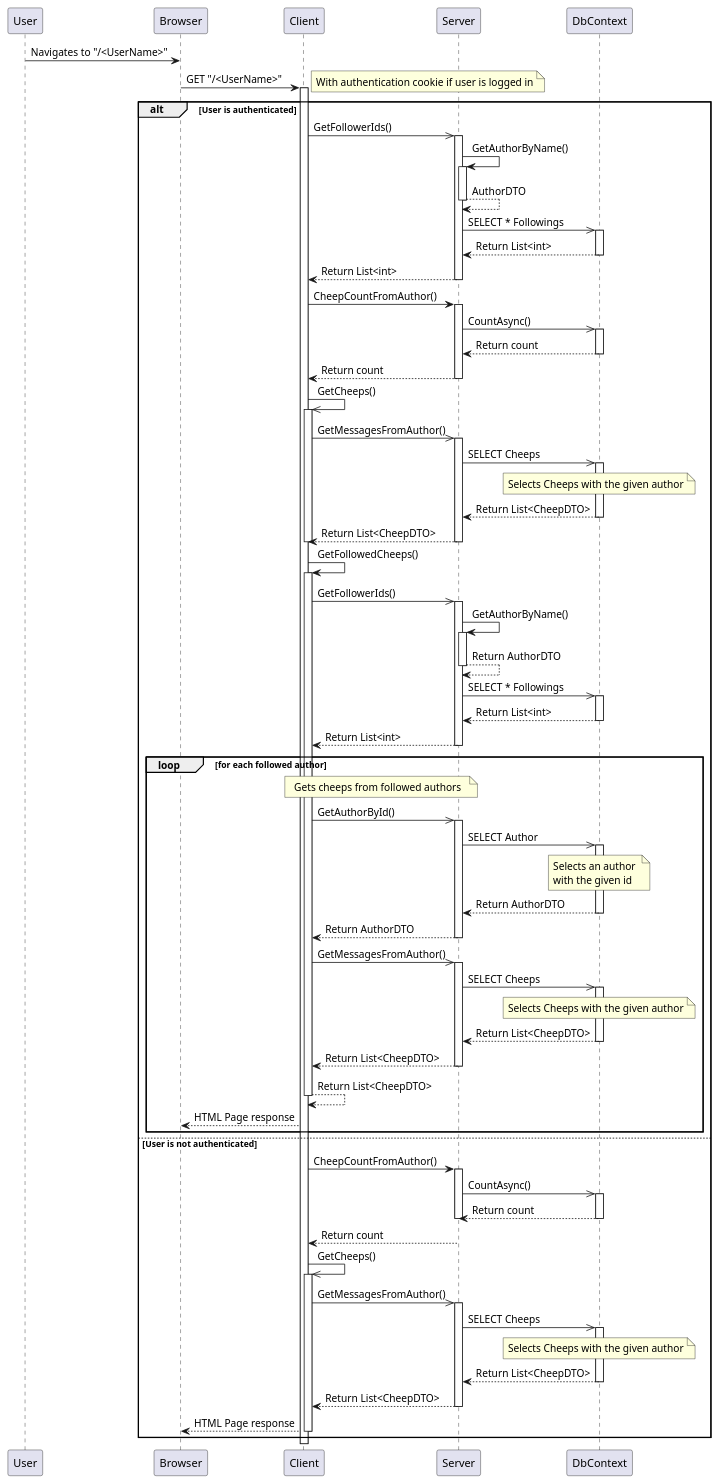
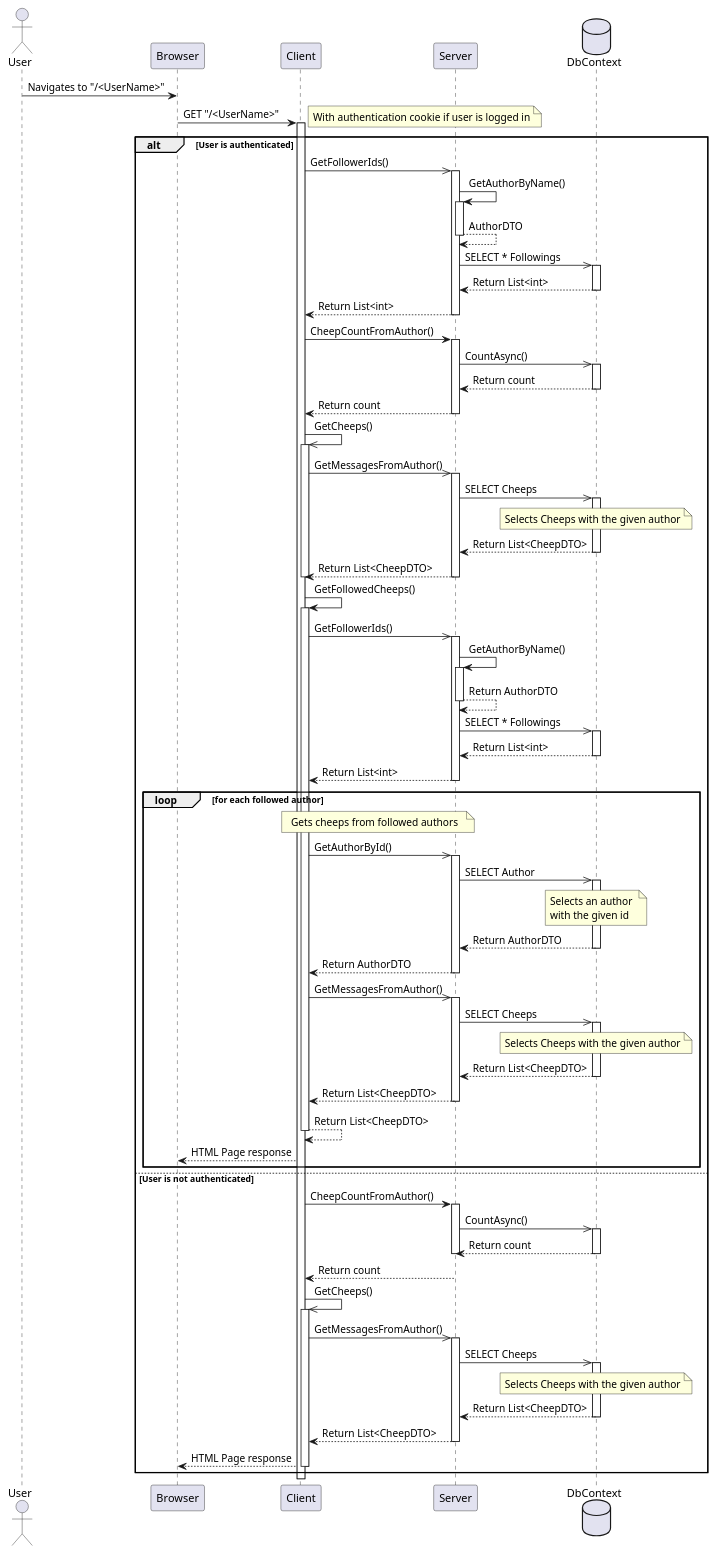
Before and after one commit to ITU-BDSA2024-GROUP12/Chirp: the diagram in docs/diagrams/src/sequenceDiagramPrivateTimeline.wsd, drawn with PlantUML.

Commit message:
Added info

```diff
--- a/docs/diagrams/src/sequenceDiagramPrivateTimeline.wsd
+++ b/docs/diagrams/src/sequenceDiagramPrivateTimeline.wsd
@@ -1,119 +1,124 @@
 @startuml
+actor User 
+participant Browser
+participant Client
+participant Server
+database DbContext
 
 User -> Browser : Navigates to "/<UserName>"
 Browser -> Client : GET "/<UserName>"
 note right: With authentication cookie if user is logged in
 activate Client
 
 
 alt User is authenticated
     Client ->> Server : GetFollowerIds()
     activate Server
     Server -> Server : GetAuthorByName()
     activate Server
     Server --> Server : AuthorDTO
     deactivate Server
     Server ->> DbContext : SELECT * Followings
     activate DbContext
     DbContext --> Server : Return List<int>
     deactivate DbContext
     Server --> Client : Return List<int>
     deactivate Server
     
     Client -> Server : CheepCountFromAuthor()
     activate Server
 
     Server ->> DbContext : CountAsync()
     activate DbContext
     DbContext --> Server : Return count
     deactivate DbContext
 
     Server --> Client : Return count
     deactivate Server
     Client ->> Client : GetCheeps()
     activate Client
     Client ->> Server : GetMessagesFromAuthor()
     activate Server
     Server ->> DbContext : SELECT Cheeps
     activate DbContext
     note over DbContext: Selects Cheeps with the given author
     DbContext --> Server : Return List<CheepDTO>
     deactivate DbContext
     Server --> Client : Return List<CheepDTO>
     deactivate Server
     deactivate Client
 
     Client -> Client : GetFollowedCheeps()
     activate Client
 
     Client ->> Server : GetFollowerIds()
     activate Server
     Server -> Server : GetAuthorByName()
     activate Server
     Server --> Server : Return AuthorDTO
     deactivate Server
     Server ->> DbContext : SELECT * Followings
     activate DbContext
     DbContext --> Server : Return List<int>
     deactivate DbContext
     Server --> Client : Return List<int>
     deactivate Server
 
     loop for each followed author
         note over Client, Server: Gets cheeps from followed authors
         Client ->> Server: GetAuthorById()
         activate Server
 
         Server ->> DbContext : SELECT Author
         note over DbContext
         Selects an author 
         with the given id
         end note
         activate DbContext
         DbContext --> Server : Return AuthorDTO
         deactivate DbContext
         Server --> Client : Return AuthorDTO
         deactivate Server
         Client ->> Server : GetMessagesFromAuthor()
         activate Server
         Server ->> DbContext : SELECT Cheeps
         activate DbContext 
         note over DbContext: Selects Cheeps with the given author
         DbContext --> Server : Return List<CheepDTO>
         deactivate DbContext
         Server --> Client : Return List<CheepDTO>
         deactivate Server
         Client --> Client : Return List<CheepDTO>
         deactivate Client
         Client --> Browser : HTML Page response
     end
 
     
 
 
 else User is not authenticated
     Client -> Server : CheepCountFromAuthor()
     activate Server
     Server ->> DbContext : CountAsync()
     activate DbContext
     DbContext --> Server : Return count
     deactivate DbContext
     deactivate Server
     Server --> Client : Return count
 
     Client ->> Client : GetCheeps()
     activate Client
     Client ->> Server : GetMessagesFromAuthor()
     activate Server
     Server ->> DbContext : SELECT Cheeps
     activate DbContext
     note over DbContext: Selects Cheeps with the given author
     DbContext --> Server : Return List<CheepDTO>
     deactivate DbContext
     Server --> Client : Return List<CheepDTO>
     deactivate Server
     Client --> Browser : HTML Page response
     deactivate Client
 end
 
 @enduml
```
